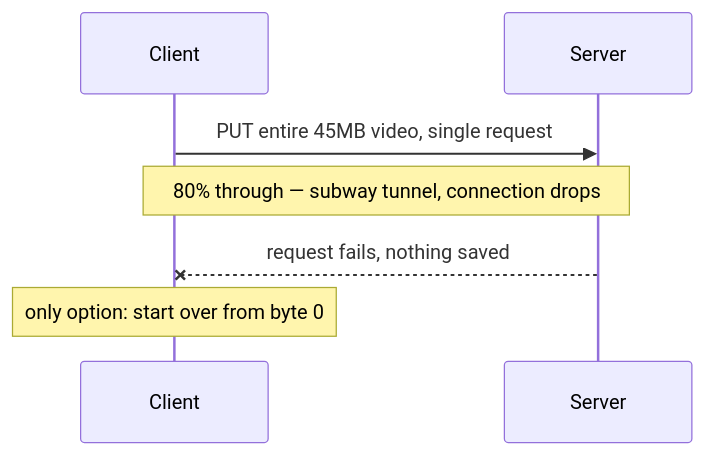
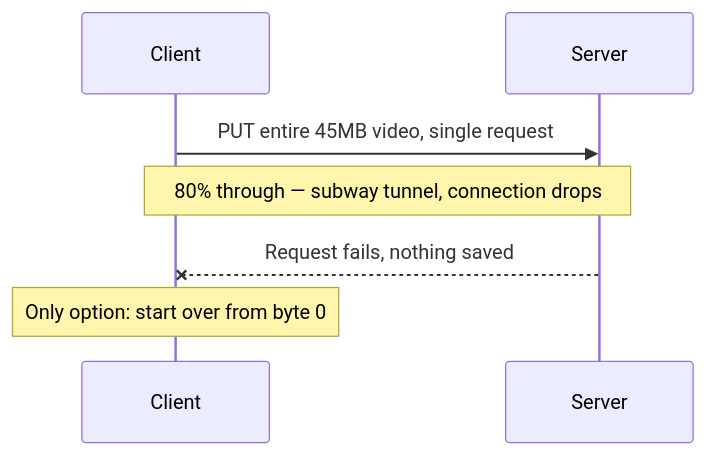
One commit to riyaz-pasha/Learnings changed the eighth of 12 diagrams in system-design/HLD/0-course/58-Design-Google-Photos-FAANG-Guide-story.md. Above: the diagram before and after it, drawn with Mermaid. The commit also changed other lines of this file and 1 other file, not shown here.

Commit message:
[REWRITE] Google Photos story guide: simplify prose, add structure, fix diagrams

````diff
--- a/system-design/HLD/0-course/58-Design-Google-Photos-FAANG-Guide-story.md
+++ b/system-design/HLD/0-course/58-Design-Google-Photos-FAANG-Guide-story.md
@@ -388,10 +559,10 @@
 ```mermaid
 sequenceDiagram
     participant Client
     participant Server
 
     Client->>Server: PUT entire 45MB video, single request
     Note over Client,Server: 80% through — subway tunnel, connection drops
-    Server--xClient: request fails, nothing saved
-    Note over Client: only option: start over from byte 0
+    Server--xClient: Request fails, nothing saved
+    Note over Client: Only option: start over from byte 0
 ```
````
